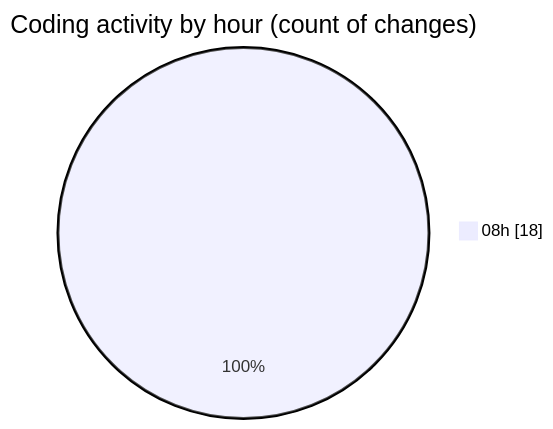
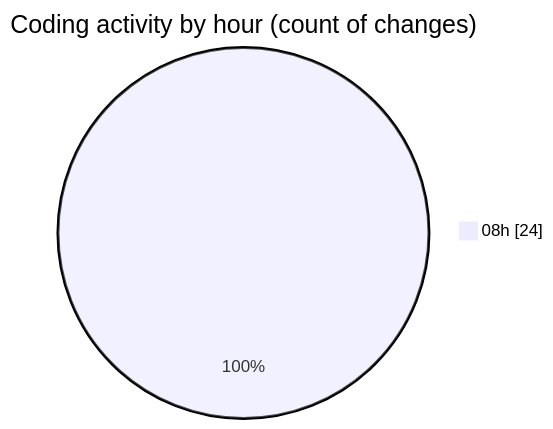
The second of 2 diagrams in 2025-03-05/frontend/README.md (robertbonfada/code-tracking), drawn with Mermaid before and after one commit. The commit also changed other lines of this file and 1 other file, not shown here.

````diff
--- a/2025-03-05/frontend/README.md
+++ b/2025-03-05/frontend/README.md
@@ -29,5 +30,5 @@
 ```mermaid
 pie showData
 title Coding activity by hour (count of changes)
-"08h" : 18
+"08h" : 24
 ```
````
